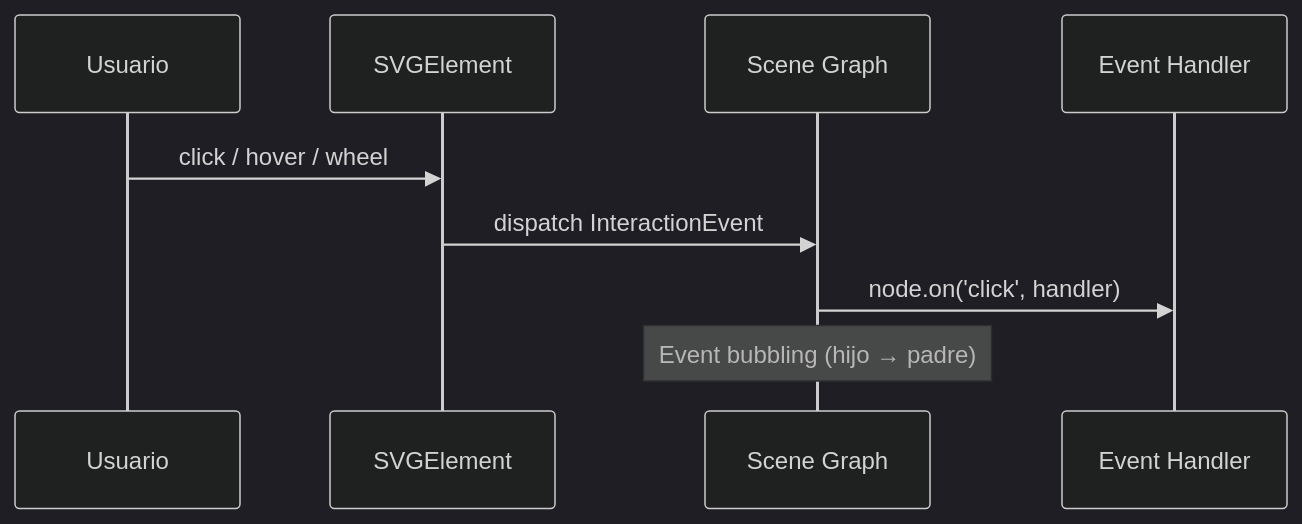
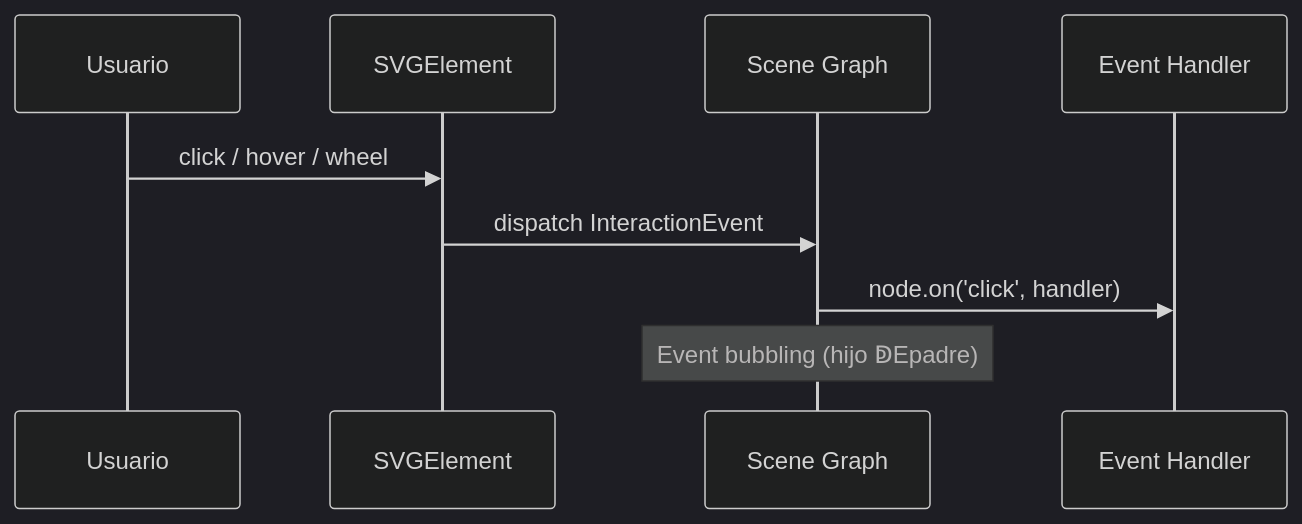
Before and after one commit to joshuacba08/oroya-animate: the first of 2 diagrams in apps/web/src/content/tutorials/11-svg-interactive.md, drawn with Mermaid (dark theme). The commit also changed other lines of this file and 113 other files, not shown here.

````diff
--- a/apps/web/src/content/tutorials/11-svg-interactive.md
+++ b/apps/web/src/content/tutorials/11-svg-interactive.md
@@ -25,12 +25,12 @@
 ```mermaid
 sequenceDiagram
     participant User as Usuario
     participant SVG as SVGElement
     participant Oroya as Scene Graph
     participant Handler as Event Handler
 
     User->>SVG: click / hover / wheel
     SVG->>Oroya: dispatch InteractionEvent
     Oroya->>Handler: node.on('click', handler)
-    Note over Oroya: Event bubbling (hijo → padre)
+    Note over Oroya: Event bubbling (hijo ↁEpadre)
 ```
````
